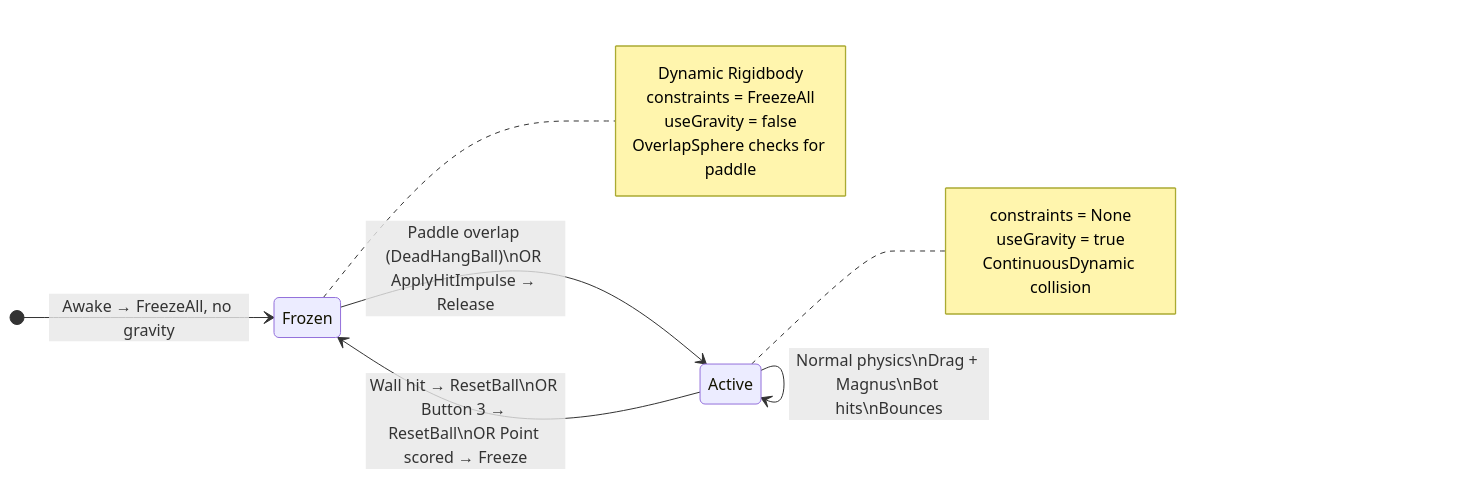
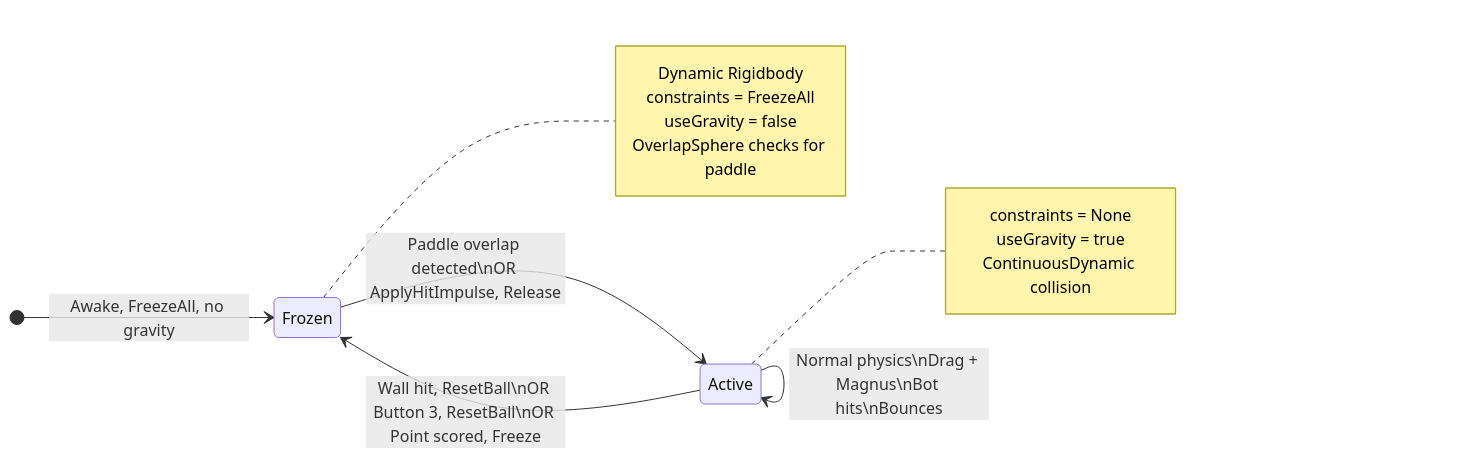
One commit to CG4002-AY2526S2-B03/Capstone_AR_Pickleball_Gameplay changed the fourth of 10 diagrams in Docs/UML_Diagrams.md. Above: the diagram before and after it, drawn with Mermaid. The commit also changed other lines of this file and 1 other file, not shown here.

Commit message:
Clarify state diagram labels and wording

````diff
--- a/Docs/UML_Diagrams.md
+++ b/Docs/UML_Diagrams.md
@@ -268,25 +268,25 @@
 ```mermaid
 stateDiagram-v2
     direction LR
 
-    [*] --> Frozen : Awake → FreezeAll, no gravity
+    [*] --> Frozen : Awake, FreezeAll, no gravity
 
-    Frozen --> Active : Paddle overlap (DeadHangBall)\nOR ApplyHitImpulse → Release
+    Frozen --> Active : Paddle overlap detected\nOR ApplyHitImpulse, Release
 
-    Active --> Frozen : Wall hit → ResetBall\nOR Button 3 → ResetBall\nOR Point scored → Freeze
+    Active --> Frozen : Wall hit, ResetBall\nOR Button 3, ResetBall\nOR Point scored, Freeze
 
     Active --> Active : Normal physics\nDrag + Magnus\nBot hits\nBounces
 
     note right of Frozen
         Dynamic Rigidbody
         constraints = FreezeAll
         useGravity = false
         OverlapSphere checks for paddle
     end note
 
     note right of Active
         constraints = None
         useGravity = true
         ContinuousDynamic collision
     end note
 ```
````
